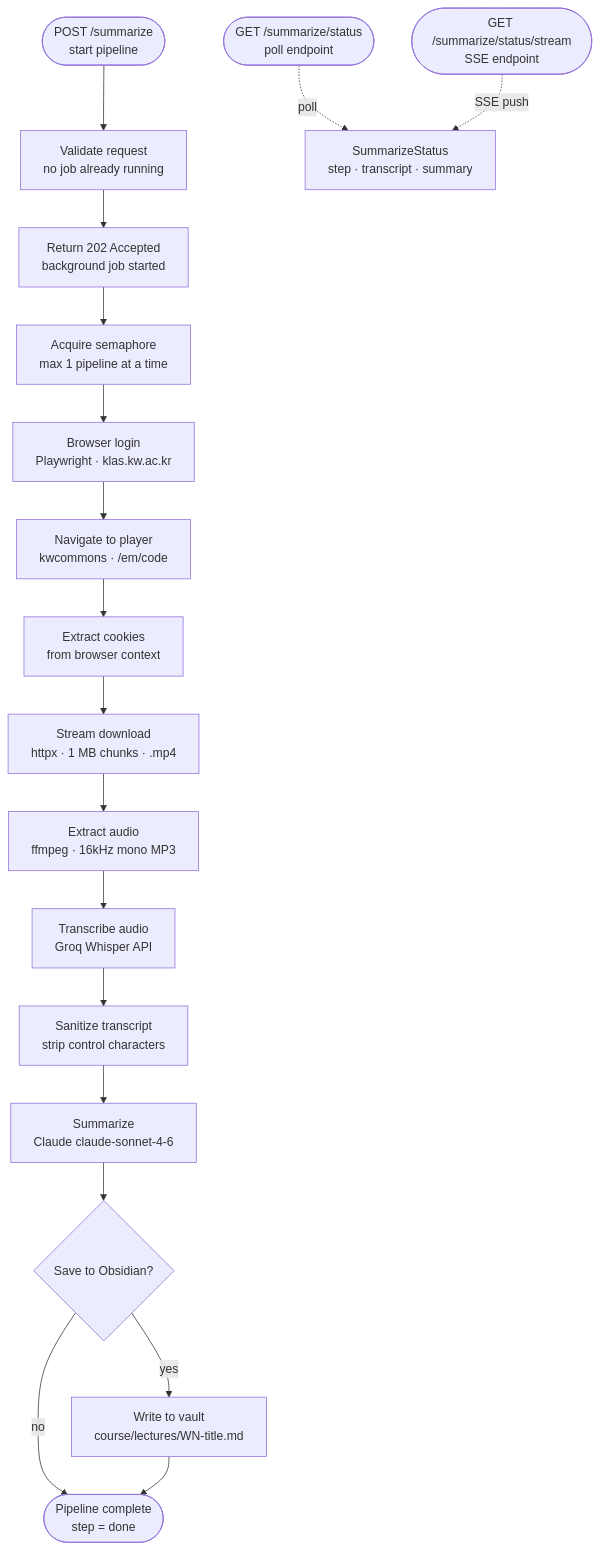
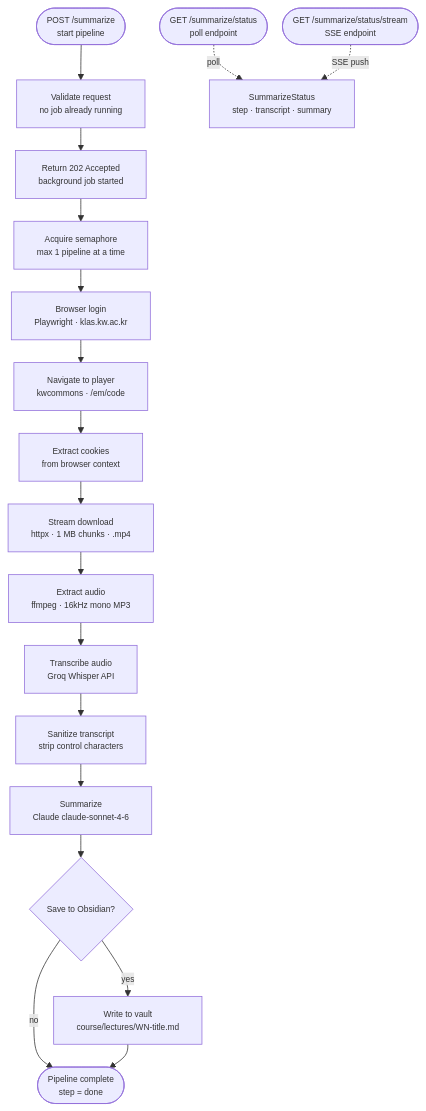
One commit to openklas/openklas changed the third of 4 diagrams in README.md. Above: the diagram before and after it, drawn with Mermaid. The commit also changed other lines of this file, not shown here.

Commit message:
docs(readme): shrink summarization + RAG diagrams to match others

````diff
--- a/README.md
+++ b/README.md
@@ -166,21 +166,22 @@
 ```mermaid
+%%{init: {"themeVariables": {"fontSize": "11px"}, "flowchart": {"nodeSpacing": 20, "rankSpacing": 30}}}%%
 flowchart TD
     A([POST /summarize\nstart pipeline]) --> B[Validate request\nno job already running]
     B --> C[Return 202 Accepted\nbackground job started]
     C --> D[Acquire semaphore\nmax 1 pipeline at a time]
     D --> E[Browser login\nPlaywright · klas.kw.ac.kr]
     E --> F[Navigate to player\nkwcommons · /em/code]
     F --> G[Extract cookies\nfrom browser context]
     G --> H[Stream download\nhttpx · 1 MB chunks · .mp4]
     H --> I[Extract audio\nffmpeg · 16kHz mono MP3]
     I --> J[Transcribe audio\nGroq Whisper API]
     J --> K[Sanitize transcript\nstrip control characters]
     K --> L[Summarize\nClaude claude-sonnet-4-6]
     L --> M{Save to Obsidian?}
     M -->|yes| N[Write to vault\ncourse/lectures/WN-title.md]
     M -->|no| O([Pipeline complete\nstep = done])
     N --> O
 
     P([GET /summarize/status\npoll endpoint]) -.->|poll| Q[SummarizeStatus\nstep · transcript · summary]
     P2([GET /summarize/status/stream\nSSE endpoint]) -.->|SSE push| Q
 ```
````
